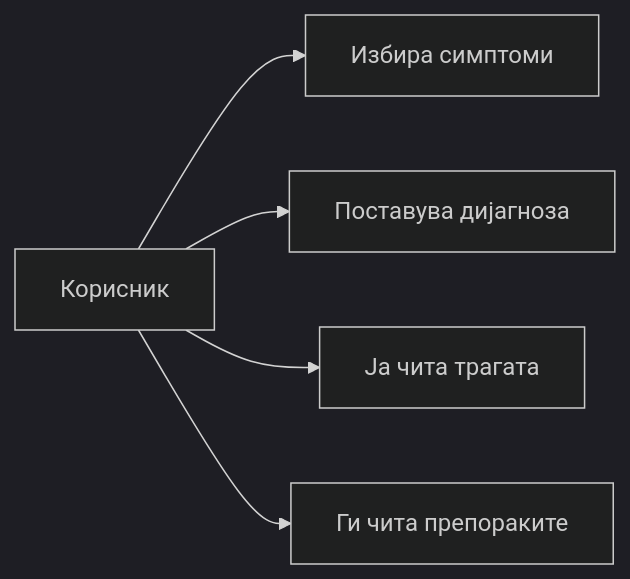
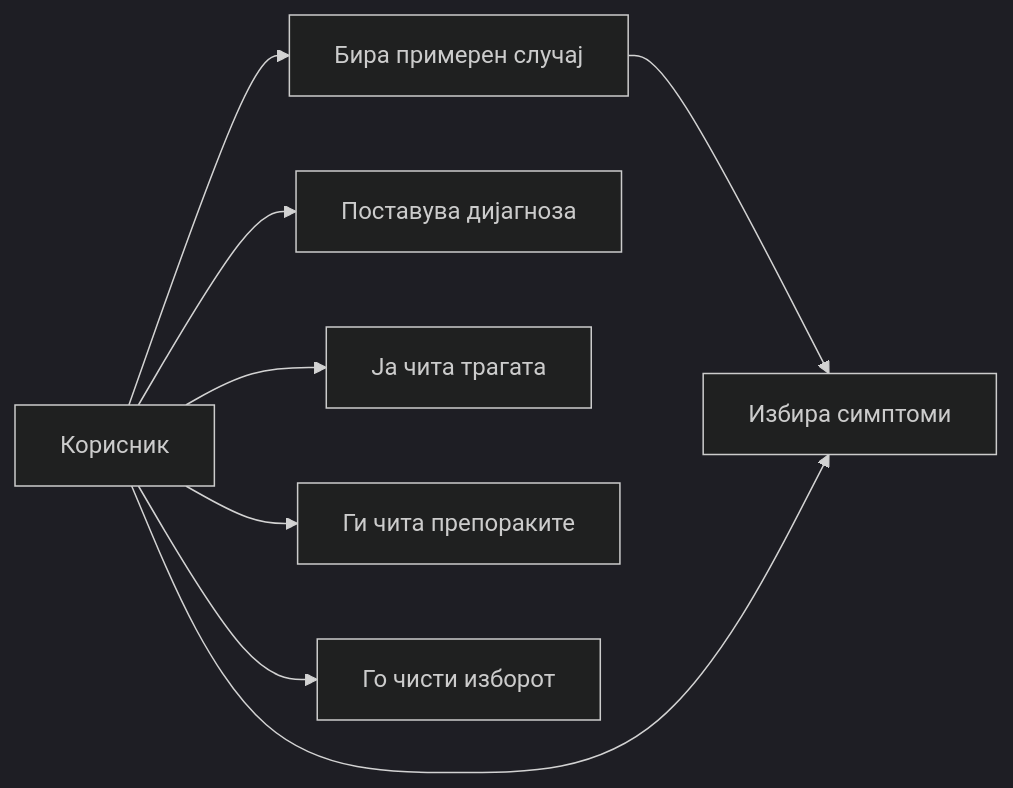
Before and after one commit to Nikolaa00/Knowledge-Based-Expert-System-for-Computer-Fault-Diagnosis: the diagram in docs/diagrams/use-case.md, drawn with Mermaid (dark theme). The commit also changed other lines of this file and 3 other files, not shown here.

````diff
--- a/docs/diagrams/use-case.md
+++ b/docs/diagrams/use-case.md
@@ -26,12 +27,17 @@
 ```mermaid
 flowchart LR
   user[Корисник]
+  sample[Бира примерен случај]
   select[Избира симптоми]
   diagnose[Поставува дијагноза]
   trace[Ја чита трагата]
   advice[Ги чита препораките]
+  clear[Го чисти изборот]
+  user --> sample
+  sample --> select
   user --> select
   user --> diagnose
   user --> trace
   user --> advice
+  user --> clear
 ```
````
